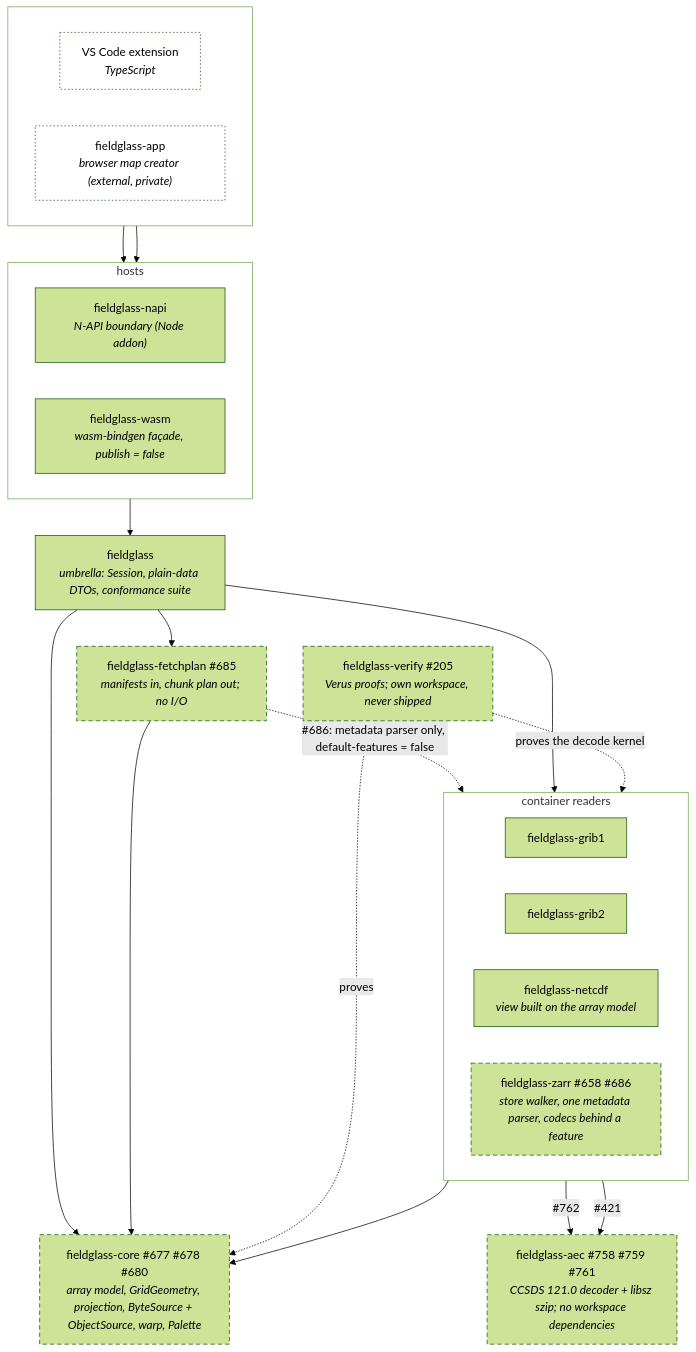
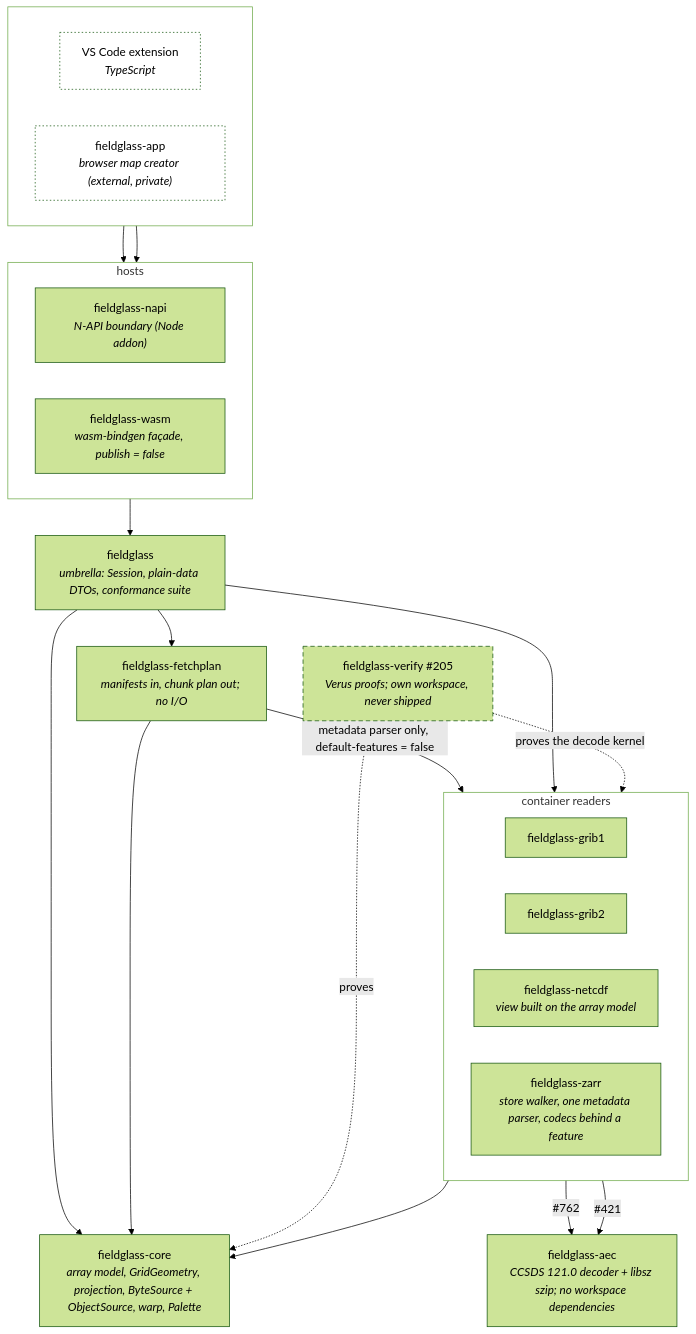
Before and after one commit to D0ubleD0uble/fieldglass: the diagram in docs/architecture/planned/01-crates.md, drawn with Mermaid (forest theme). The commit also changed other lines of this file and 28 other files, not shown here.

````diff
--- a/docs/architecture/planned/01-crates.md
+++ b/docs/architecture/planned/01-crates.md
@@ -17,46 +17,46 @@
 ```mermaid
 flowchart TB
     subgraph consumers[" "]
         direction LR
         ext["VS Code extension<br/><i>TypeScript</i>"]
         app["fieldglass-app<br/><i>browser map creator (external, private)</i>"]
     end
     subgraph hosts["hosts"]
         direction LR
         napi["fieldglass-napi<br/><i>N-API boundary (Node addon)</i>"]
         wasm["fieldglass-wasm<br/><i>wasm-bindgen façade, publish = false</i>"]
     end
     api["fieldglass<br/><i>umbrella: Session, plain-data DTOs, conformance suite</i>"]
     subgraph containers["container readers"]
         direction LR
         grib1["fieldglass-grib1"]
         grib2["fieldglass-grib2"]
         netcdf["fieldglass-netcdf<br/><i>view built on the array model</i>"]
-        zarr["fieldglass-zarr #658 #686<br/><i>store walker, one metadata parser, codecs behind a feature</i>"]
+        zarr["fieldglass-zarr<br/><i>store walker, one metadata parser, codecs behind a feature</i>"]
     end
-    fetchplan["fieldglass-fetchplan #685<br/><i>manifests in, chunk plan out; no I/O</i>"]
-    aec["fieldglass-aec #758 #759 #761<br/><i>CCSDS 121.0 decoder + libsz szip; no workspace dependencies</i>"]
-    core["fieldglass-core #677 #678 #680<br/><i>array model, GridGeometry, projection, ByteSource + ObjectSource, warp, Palette</i>"]
+    fetchplan["fieldglass-fetchplan<br/><i>manifests in, chunk plan out; no I/O</i>"]
+    aec["fieldglass-aec<br/><i>CCSDS 121.0 decoder + libsz szip; no workspace dependencies</i>"]
+    core["fieldglass-core<br/><i>array model, GridGeometry, projection, ByteSource + ObjectSource, warp, Palette</i>"]
     verify["fieldglass-verify #205<br/><i>Verus proofs; own workspace, never shipped</i>"]
 
     ext --> napi
     app --> wasm
     hosts --> api
     api --> containers
     api --> core
     api --> fetchplan
     fetchplan --> core
-    fetchplan -. "#686: metadata parser only, default-features = false" .-> zarr
+    fetchplan -- "metadata parser only, default-features = false" --> zarr
     containers --> core
     grib2 -- "#762" --> aec
     netcdf -- "#421" --> aec
     verify -. proves the decode kernel .-> containers
     verify -. proves .-> core
 
     classDef planned stroke-dasharray: 6 4
     classDef external fill:none,stroke-dasharray: 2 3
     classDef group fill:none
-    class zarr,fetchplan,core,verify,aec planned
+    class verify planned
     class app,ext external
     class consumers,hosts,containers group
 ```
````
